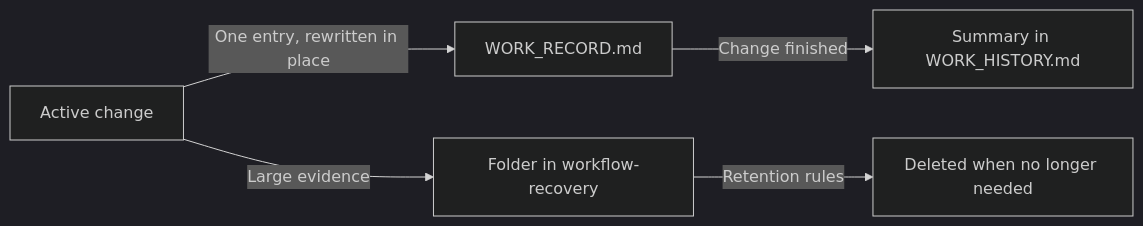
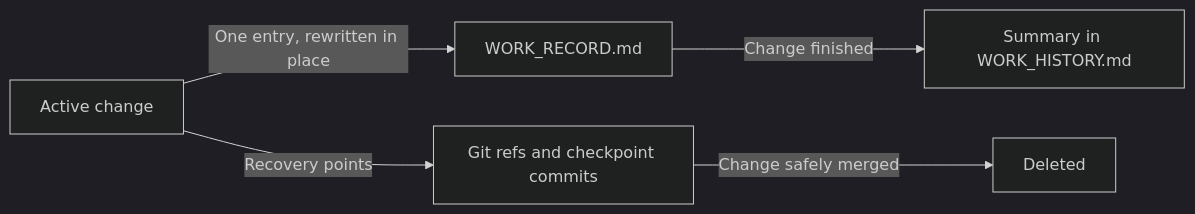
The tenth of 10 diagrams in skills/spec-workflow/SKILL.md (fsw0422/.ksp), drawn with Mermaid (dark theme) before and after one commit. The commit also changed other lines of this file and 3 other files, not shown here.

First line of the commit message:
Keep Spec Workflow recovery data in Git

````diff
--- a/skills/spec-workflow/SKILL.md
+++ b/skills/spec-workflow/SKILL.md
@@ -436,7 +436,7 @@
 ```mermaid
 flowchart LR
     Active[Active change] -->|One entry, rewritten in place| Record[WORK_RECORD.md]
     Record -->|Change finished| History[Summary in WORK_HISTORY.md]
-    Active -->|Large evidence| Recovery[Folder in workflow-recovery]
-    Recovery -->|Retention rules| Deleted[Deleted when no longer needed]
+    Active -->|Recovery points| Refs[Git refs and checkpoint commits]
+    Refs -->|Change safely merged| Deleted[Deleted]
 ```
````
